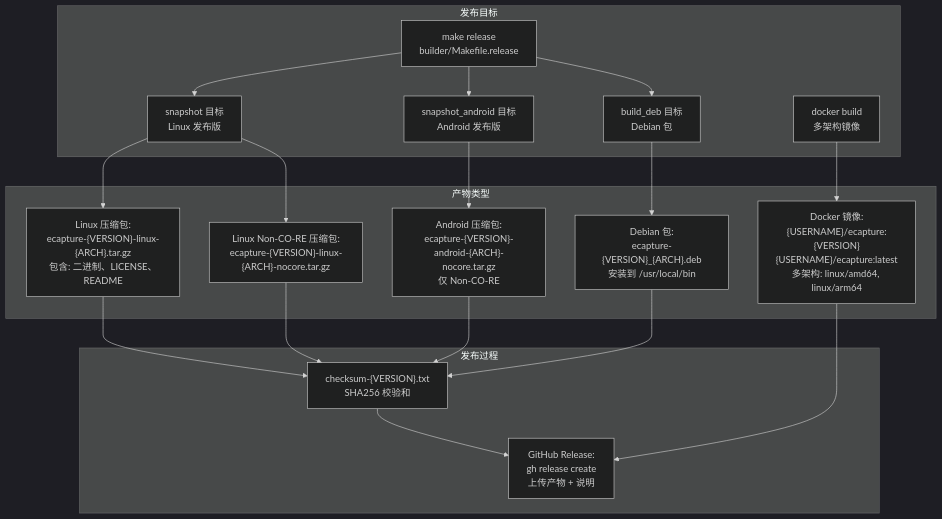
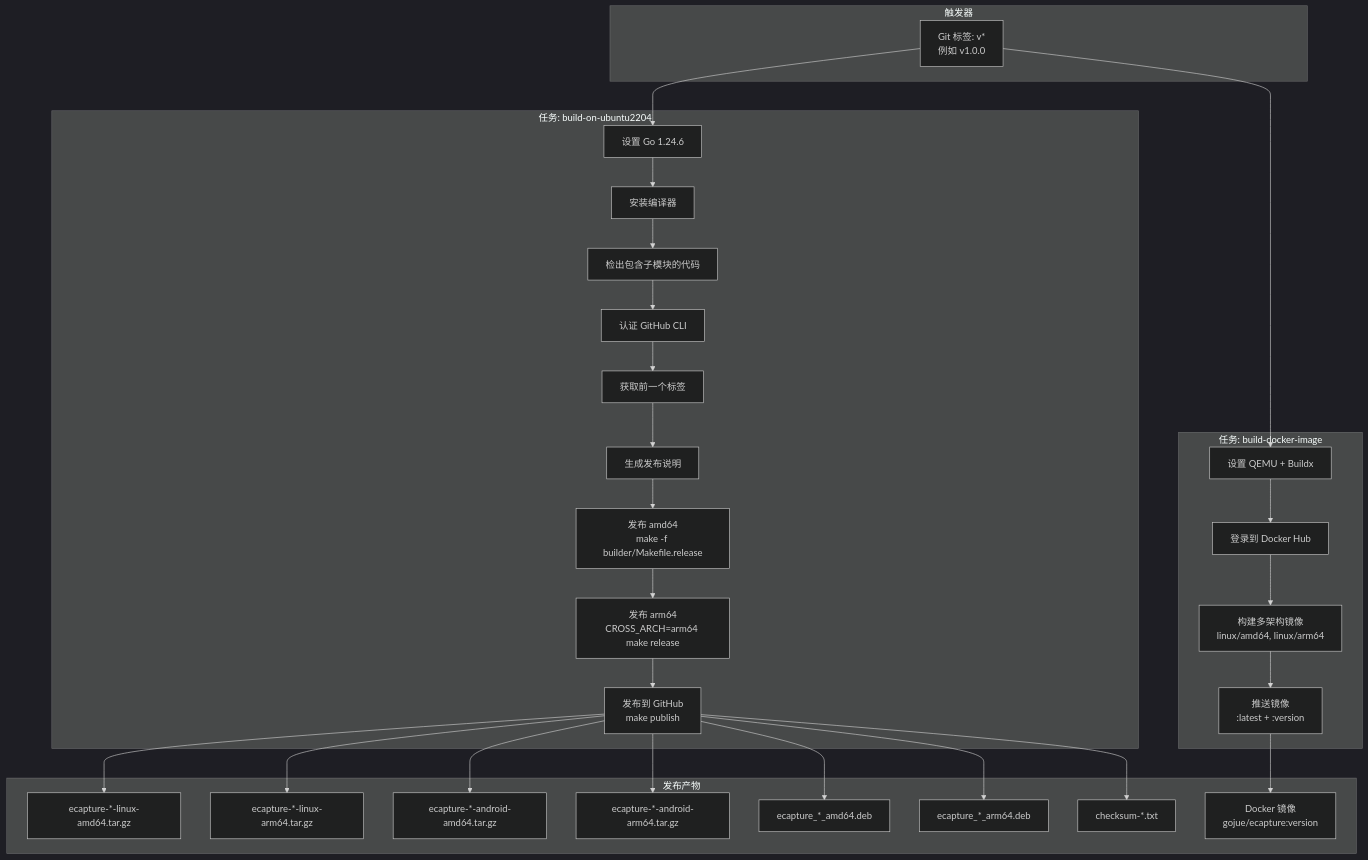
Before and after one commit to gojue/ecapture.cc: the sixth of 6 diagrams in src/zh/5-development-guide/5.1-build-system.md, drawn with Mermaid (dark theme). The commit also changed other lines of this file and 115 other files, not shown here.

````diff
--- a/src/zh/5-development-guide/5.1-build-system.md
+++ b/src/zh/5-development-guide/5.1-build-system.md
@@ -674,46 +677,62 @@
 ```mermaid
 graph TB
-    subgraph "发布目标"
-        RELEASE["make release<br/>builder/Makefile.release"]
-        SNAPSHOT["snapshot 目标<br/>Linux 发布版"]
-        SNAPSHOT_AND["snapshot_android 目标<br/>Android 发布版"]
-        DEB["build_deb 目标<br/>Debian 包"]
-        DOCKER["docker build<br/>多架构镜像"]
+    subgraph "触发器"
+        TAG["Git 标签: v*<br/>例如 v1.0.0"]
     end
     
-    subgraph "产物类型"
-        LINUX_TAR["Linux 压缩包:<br/>ecapture-{VERSION}-linux-{ARCH}.tar.gz<br/>包含: 二进制、LICENSE、README"]
+    subgraph "任务: build-on-ubuntu2204"
+        SETUP["设置 Go 1.24.6"]
+        INSTALL["安装编译器"]
+        CHECKOUT["检出包含子模块的代码"]
+        AUTH["认证 GitHub CLI"]
+        PREV_TAG["获取前一个标签"]
+        NOTES["生成发布说明"]
         
-        LINUX_NC_TAR["Linux Non-CO-RE 压缩包:<br/>ecapture-{VERSION}-linux-{ARCH}-nocore.tar.gz"]
-        
-        ANDROID_TAR["Android 压缩包:<br/>ecapture-{VERSION}-android-{ARCH}-nocore.tar.gz<br/>仅 Non-CO-RE"]
-        
-        DEB_PKG["Debian 包:<br/>ecapture-{VERSION}_{ARCH}.deb<br/>安装到 /usr/local/bin"]
-        
-        DOCKER_IMG["Docker 镜像:<br/>{USERNAME}/ecapture:{VERSION}<br/>{USERNAME}/ecapture:latest<br/>多架构: linux/amd64, linux/arm64"]
+        RELEASE_AMD64["发布 amd64<br/>make -f builder/Makefile.release"]
+        RELEASE_ARM64["发布 arm64<br/>CROSS_ARCH=arm64 make release"]
+        PUBLISH["发布到 GitHub<br/>make publish"]
     end
     
-    subgraph "发布过程"
-        CHECKSUM["checksum-{VERSION}.txt<br/>SHA256 校验和"]
-        
-        GITHUB["GitHub Release:<br/>gh release create<br/>上传产物 + 说明"]
+    subgraph "任务: build-docker-image"
+        DOCKER_SETUP["设置 QEMU + Buildx"]
+        DOCKER_LOGIN["登录到 Docker Hub"]
+        DOCKER_BUILD["构建多架构镜像<br/>linux/amd64, linux/arm64"]
+        DOCKER_PUSH["推送镜像<br/>:latest + :version"]
     end
     
-    RELEASE --> SNAPSHOT
-    RELEASE --> SNAPSHOT_AND
-    RELEASE --> DEB
+    subgraph "发布产物"
+        TAR_AMD64["ecapture-*-linux-amd64.tar.gz"]
+        TAR_ARM64["ecapture-*-linux-arm64.tar.gz"]
+        TAR_ANDROID_AMD64["ecapture-*-android-amd64.tar.gz"]
+        TAR_ANDROID_ARM64["ecapture-*-android-arm64.tar.gz"]
+        DEB_AMD64["ecapture_*_amd64.deb"]
+        DEB_ARM64["ecapture_*_arm64.deb"]
+        CHECKSUMS["checksum-*.txt"]
+        DOCKER_IMAGE["Docker 镜像<br/>gojue/ecapture:version"]
+    end
     
-    SNAPSHOT --> LINUX_TAR
-    SNAPSHOT --> LINUX_NC_TAR
-    SNAPSHOT_AND --> ANDROID_TAR
-    DEB --> DEB_PKG
-    DOCKER --> DOCKER_IMG
+    TAG --> SETUP
+    SETUP --> INSTALL
+    INSTALL --> CHECKOUT
+    CHECKOUT --> AUTH
+    AUTH --> PREV_TAG
+    PREV_TAG --> NOTES
+    NOTES --> RELEASE_AMD64
+    RELEASE_AMD64 --> RELEASE_ARM64
+    RELEASE_ARM64 --> PUBLISH
     
-    LINUX_TAR --> CHECKSUM
-    LINUX_NC_TAR --> CHECKSUM
-    ANDROID_TAR --> CHECKSUM
-    DEB_PKG --> CHECKSUM
+    TAG --> DOCKER_SETUP
+    DOCKER_SETUP --> DOCKER_LOGIN
+    DOCKER_LOGIN --> DOCKER_BUILD
+    DOCKER_BUILD --> DOCKER_PUSH
     
-    CHECKSUM --> GITHUB
-    DOCKER_IMG --> GITHUB
+    PUBLISH --> TAR_AMD64
+    PUBLISH --> TAR_ARM64
+    PUBLISH --> TAR_ANDROID_AMD64
+    PUBLISH --> TAR_ANDROID_ARM64
+    PUBLISH --> DEB_AMD64
+    PUBLISH --> DEB_ARM64
+    PUBLISH --> CHECKSUMS
+    
+    DOCKER_PUSH --> DOCKER_IMAGE
 ```
````
